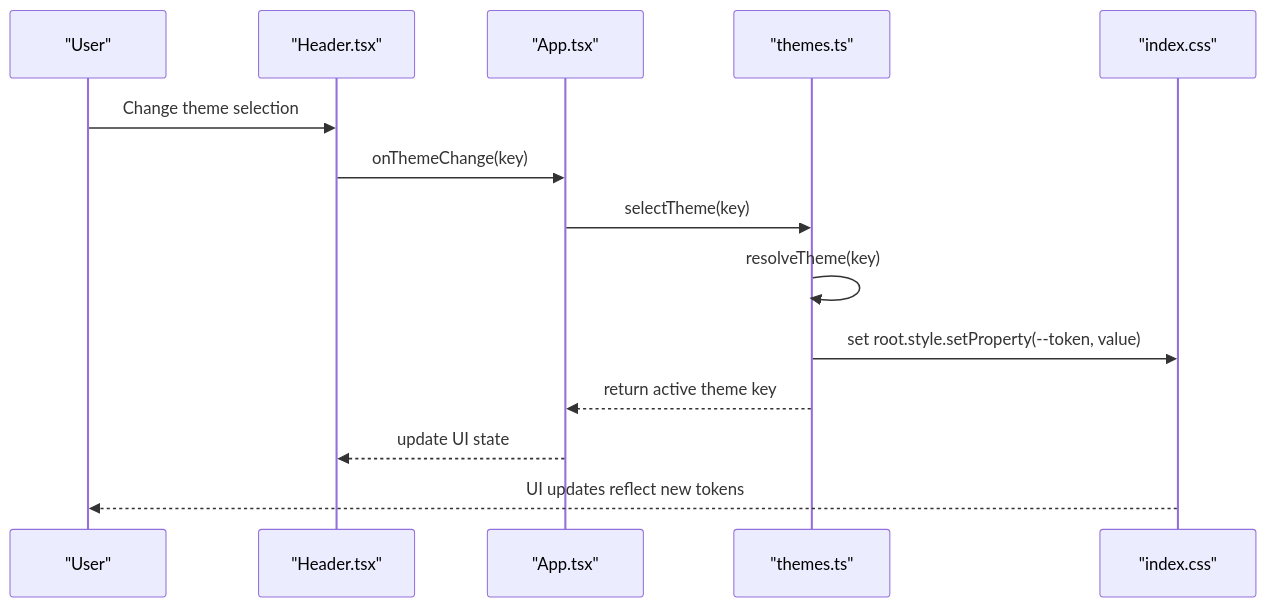
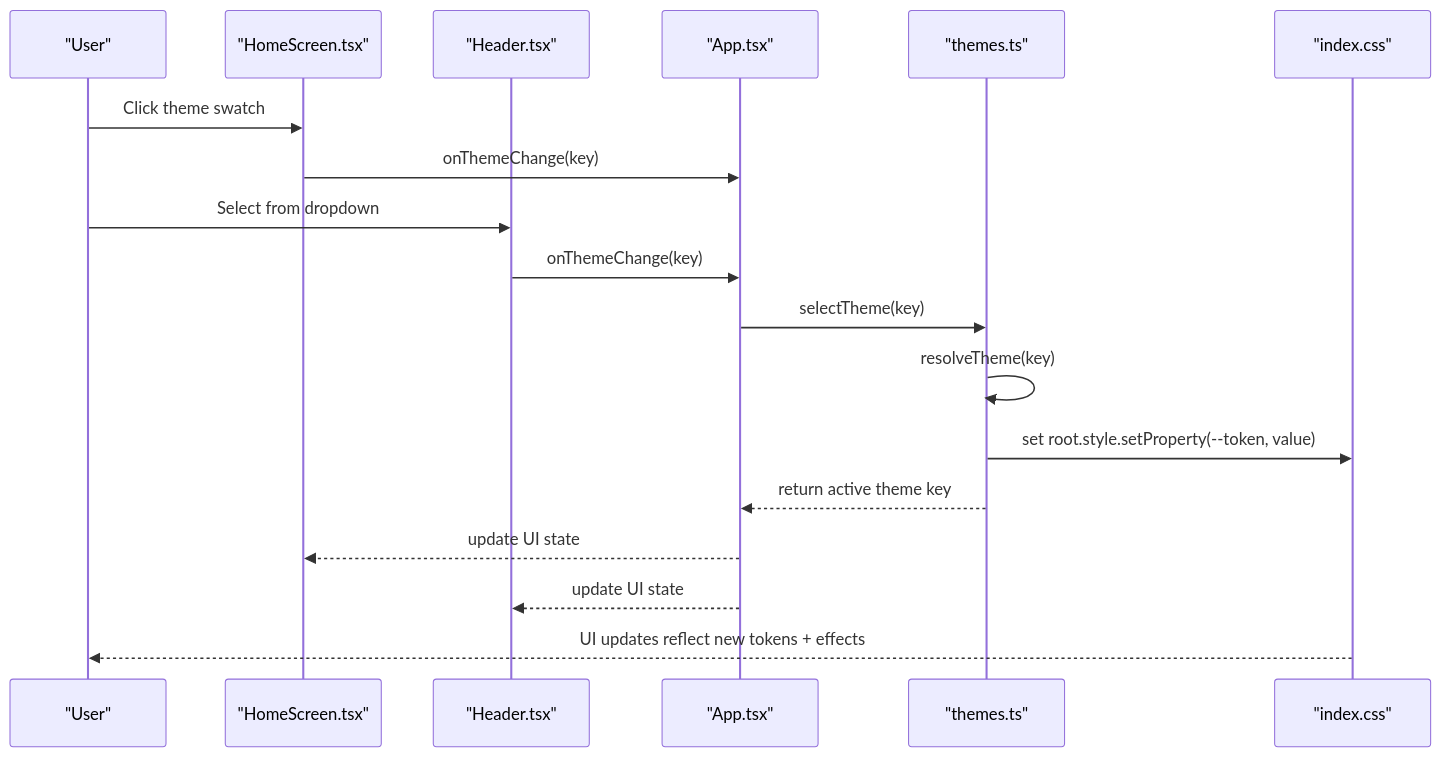
The second of 7 diagrams in .qoder/repowiki/en/content/Theming & UI System.md (satyrlord/mixjam-electron), drawn with Mermaid before and after one commit. The commit also changed other lines of this file and 37 other files, not shown here.

````diff
--- a/.qoder/repowiki/en/content/Theming & UI System.md
+++ b/.qoder/repowiki/en/content/Theming & UI System.md
@@ -123,16 +135,20 @@
 ```mermaid
 sequenceDiagram
 participant User as "User"
+participant Swatch as "HomeScreen.tsx"
 participant Header as "Header.tsx"
 participant App as "App.tsx"
 participant Themes as "themes.ts"
 participant CSS as "index.css"
-User->>Header : Change theme selection
+User->>Swatch : Click theme swatch
+Swatch->>App : onThemeChange(key)
+User->>Header : Select from dropdown
 Header->>App : onThemeChange(key)
 App->>Themes : selectTheme(key)
 Themes->>Themes : resolveTheme(key)
 Themes->>CSS : set root.style.setProperty(--token, value)
 Themes-->>App : return active theme key
+App-->>Swatch : update UI state
 App-->>Header : update UI state
-CSS-->>User : UI updates reflect new tokens
+CSS-->>User : UI updates reflect new tokens + effects
 ```
````
